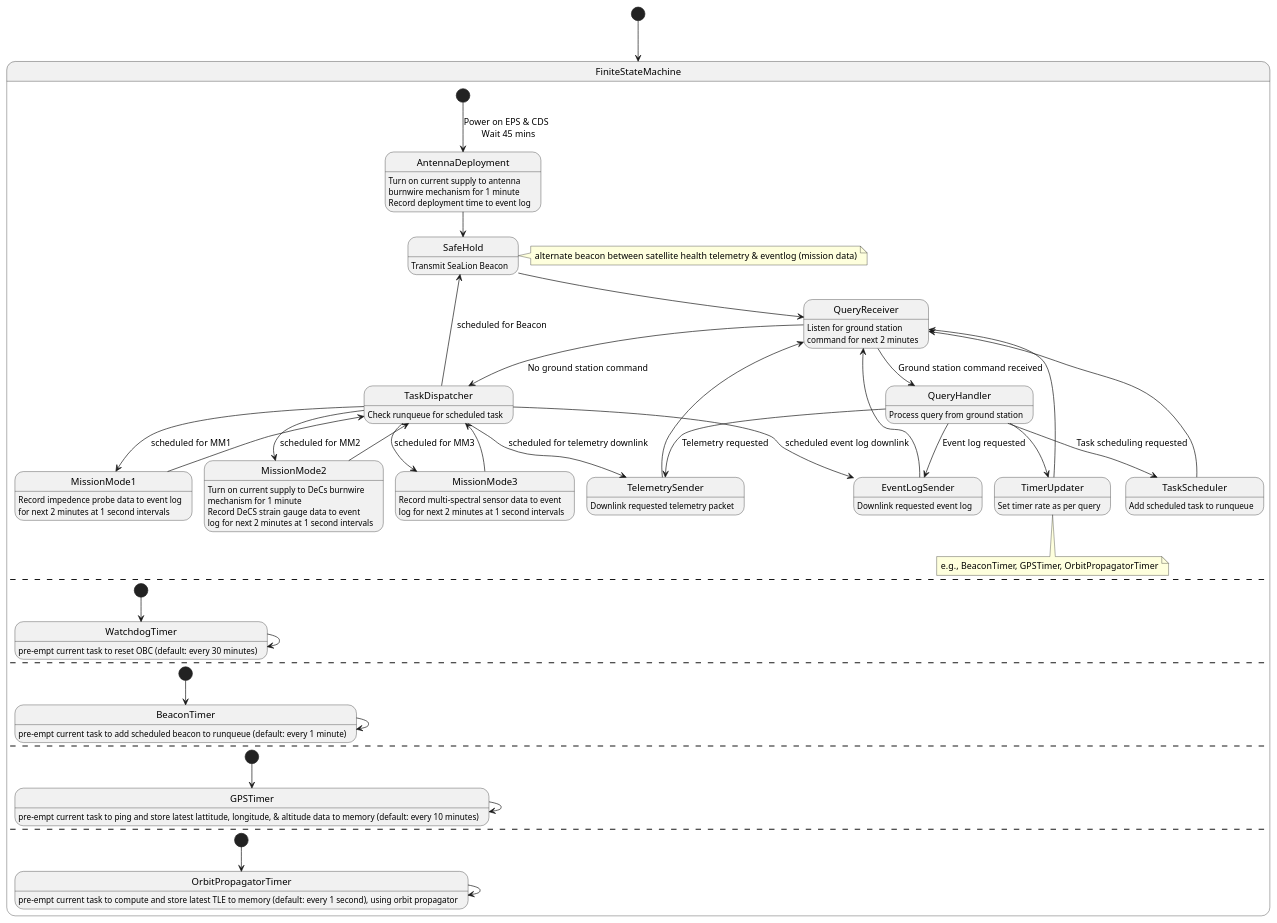
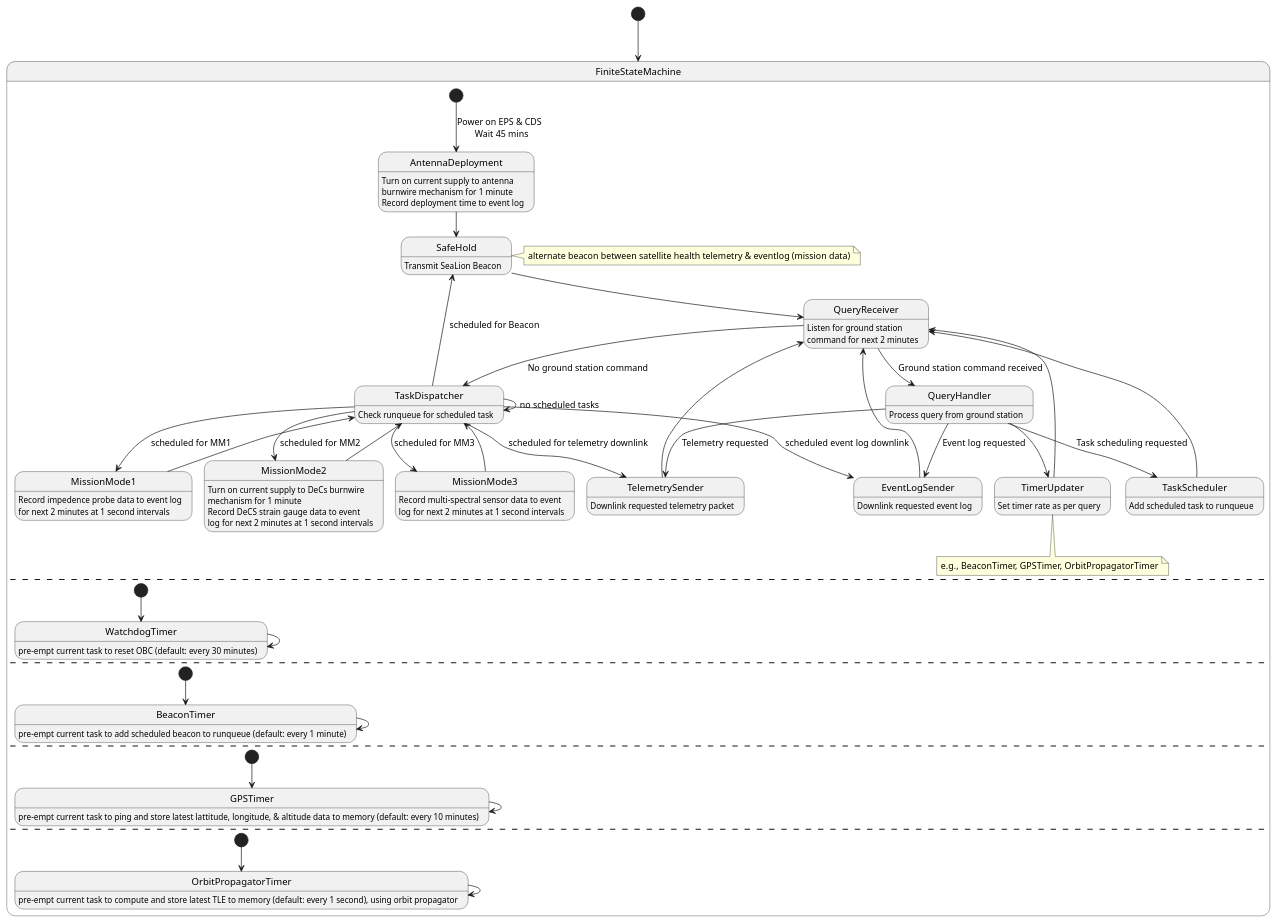
Before and after one commit to ODU-CGA-CubeSat/FSW: the diagram in fsw-architecture/operating-mode-as-fsm.puml, drawn with PlantUML.

Commit message:
redirect TaskDispatcher to itself

```diff
--- a/fsw-architecture/operating-mode-as-fsm.puml
+++ b/fsw-architecture/operating-mode-as-fsm.puml
@@ -1,83 +1,84 @@
 @startuml
 
 [*] --> FiniteStateMachine
 state FiniteStateMachine {
       state AntennaDeployment
             AntennaDeployment : Turn on current supply to antenna
             AntennaDeployment : burnwire mechanism for 1 minute
             AntennaDeployment : Record deployment time to event log
       state SafeHold
             SafeHold : Transmit SeaLion Beacon
       note right of SafeHold : alternate beacon between satellite health telemetry & eventlog (mission data)
       state QueryReceiver
             QueryReceiver : Listen for ground station
             QueryReceiver : command for next 2 minutes
       state TelemetrySender
             TelemetrySender : Downlink requested telemetry packet
       state EventLogSender
             EventLogSender : Downlink requested event log
       state TimerUpdater
       TimerUpdater : Set timer rate as per query
       note bottom of TimerUpdater : e.g., BeaconTimer, GPSTimer, OrbitPropagatorTimer
       state MissionMode1
             MissionMode1 : Record impedence probe data to event log
             MissionMode1 : for next 2 minutes at 1 second intervals
       state MissionMode2
             MissionMode2 : Turn on current supply to DeCs burnwire
             MissionMode2 : mechanism for 1 minute
             MissionMode2 : Record DeCS strain gauge data to event
             MissionMode2 : log for next 2 minutes at 1 second intervals
       state MissionMode3
             MissionMode3 : Record multi-spectral sensor data to event
             MissionMode3 : log for next 2 minutes at 1 second intervals
       state TaskDispatcher
             TaskDispatcher : Check runqueue for scheduled task
       state QueryHandler
             QueryHandler : Process query from ground station
       state TaskScheduler
             TaskScheduler : Add scheduled task to runqueue
 
       [*] --> AntennaDeployment : Power on EPS & CDS \n Wait 45 mins
       AntennaDeployment --> SafeHold
       SafeHold --> QueryReceiver
       QueryReceiver --> QueryHandler : Ground station command received
       QueryHandler --> TelemetrySender : Telemetry requested
       QueryHandler --> EventLogSender : Event log requested
       QueryHandler --> TaskScheduler : Task scheduling requested
       QueryHandler --> TimerUpdater
       TimerUpdater --> QueryReceiver
       TelemetrySender --> QueryReceiver
       EventLogSender --> QueryReceiver
       TaskScheduler --> QueryReceiver
       QueryReceiver --> TaskDispatcher : No ground station command
+      TaskDispatcher --> TaskDispatcher : no scheduled tasks
       TaskDispatcher --> MissionMode1 : scheduled for MM1
       TaskDispatcher --> MissionMode2 : scheduled for MM2
       TaskDispatcher --> MissionMode3 : scheduled for MM3
       TaskDispatcher --> EventLogSender : scheduled event log downlink
       TaskDispatcher --> TelemetrySender : scheduled for telemetry downlink
       TaskDispatcher --> SafeHold : scheduled for Beacon
       MissionMode1 --> TaskDispatcher
       MissionMode2 --> TaskDispatcher
       MissionMode3 --> TaskDispatcher
       --
       state WatchdogTimer
             WatchdogTimer : pre-empt current task to reset OBC (default: every 30 minutes)
       [*] --> WatchdogTimer
       WatchdogTimer --> WatchdogTimer
       --
       state BeaconTimer
             BeaconTimer : pre-empt current task to add scheduled beacon to runqueue (default: every 1 minute)
       [*] --> BeaconTimer
       BeaconTimer --> BeaconTimer
       --
       state GPSTimer
             GPSTimer : pre-empt current task to ping and store latest lattitude, longitude, & altitude data to memory (default: every 10 minutes)
       [*] --> GPSTimer
       GPSTimer --> GPSTimer
       --
       state OrbitPropagatorTimer
             OrbitPropagatorTimer : pre-empt current task to compute and store latest TLE to memory (default: every 1 second), using orbit propagator
       [*] --> OrbitPropagatorTimer
       OrbitPropagatorTimer --> OrbitPropagatorTimer
 }
 @enduml
```
